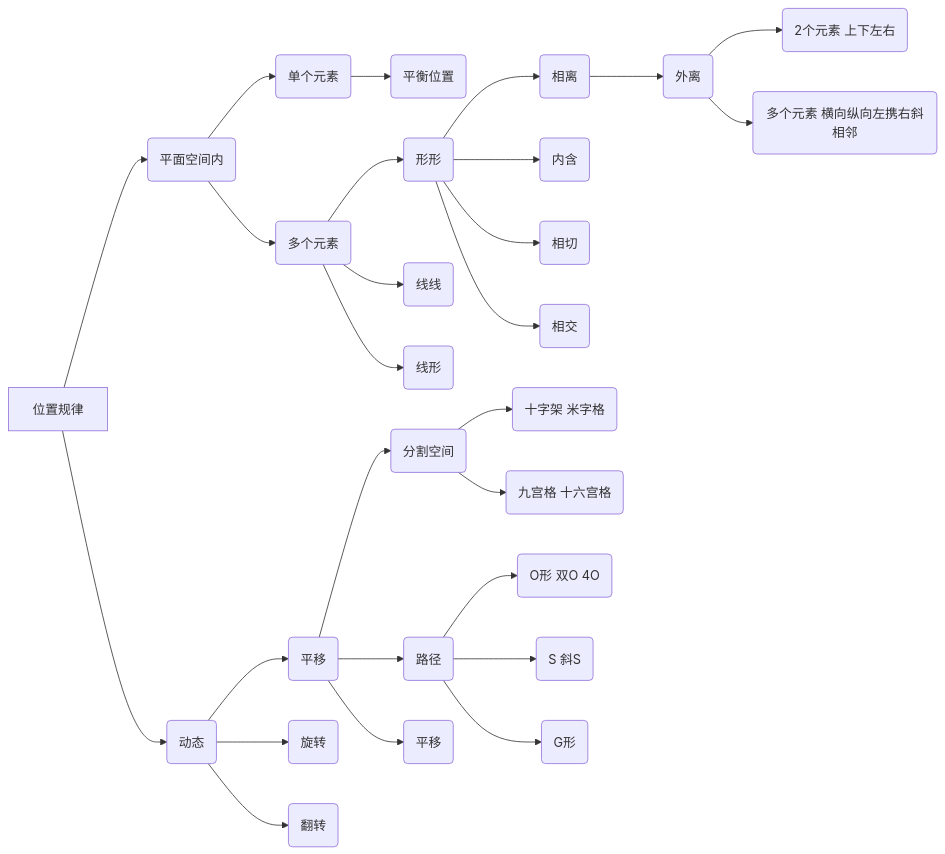
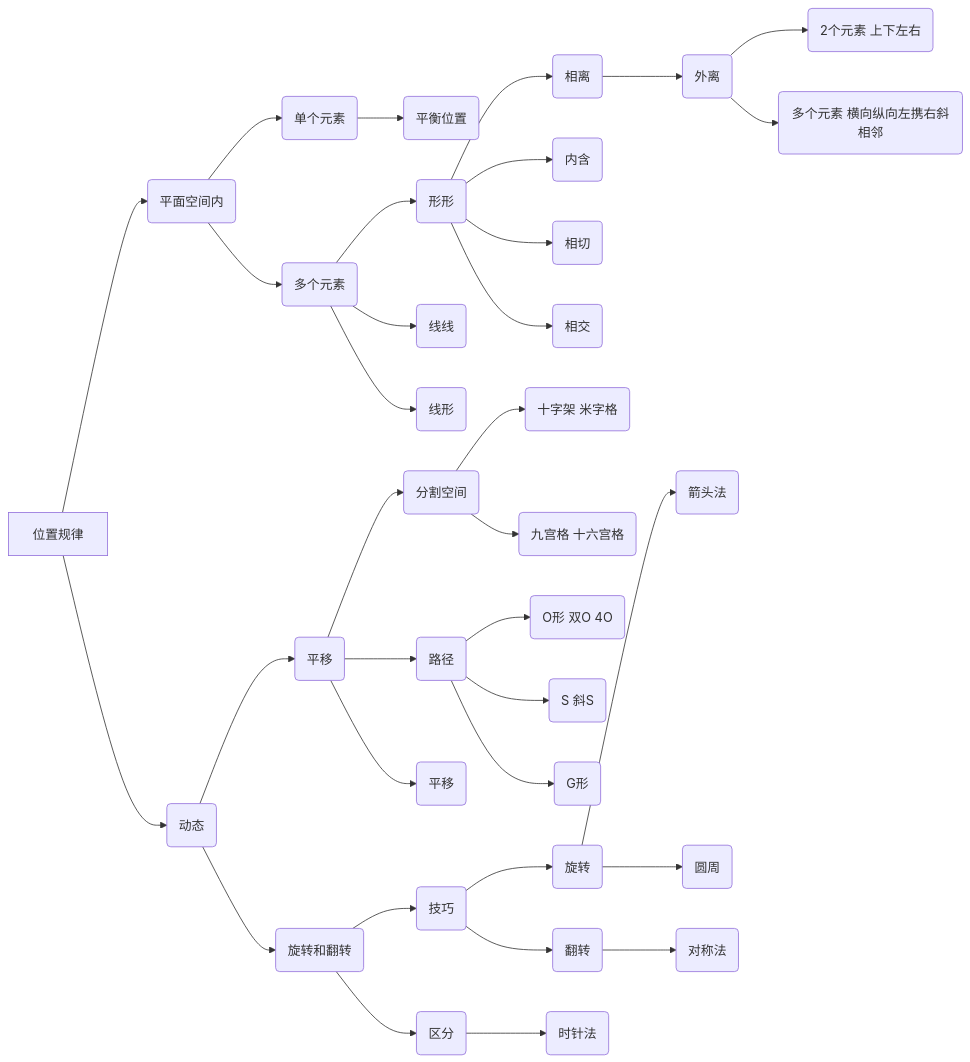
One commit to sunuanwuhou/ashore changed the eighth of 10 diagrams in src/main/gongwu/xingce/爆发/4.判断推理.md. Above: the diagram before and after it, drawn with Mermaid. The commit also changed other lines of this file and 18 other files, not shown here.

````diff
--- a/src/main/gongwu/xingce/爆发/4.判断推理.md
+++ b/src/main/gongwu/xingce/爆发/4.判断推理.md
@@ -692,47 +697,54 @@
  ```mermaid
   
   graph LR
   
  A[位置规律] -->C(平面空间内)
  C -->D(单个元素)
  D--> D1(平衡位置)
  C --> E(多个元素)
  
 E --> E21(形形)
 E21 --> E211(相离)
 
 E211 --> N(外离)
 N --> N1(2个元素 上下左右)
 N --> N2(多个元素 横向纵向左携右斜相邻)
 E21 --> W(内含)
 
 E21 -->E212(相切)
 E21 --> E13(相交)
 
 E -->E22(线线)
 E --> E23(线形)
 
   
  A -->B(动态)
  B -->B1(平移)
   B1 -->B11(分割空间)
     B11 -->B111(十字架 米字格)
         B11 -->B112(九宫格 十六宫格)
   B1 -->B12(路径)
   B12 -->B121(O形 双O 4O)
     B12 -->B122(S 斜S)
       B12 -->B123(G形)
   
   
   B1 -->B13(平移)
   
   
   
- B -->B2(旋转)
-  B -->B3(翻转)
+ B -->B2(旋转和翻转)
+B2 -->B3(技巧)
+B3 -->B31(旋转)
+B31 -->B311(箭头法)
+B31 -->B312(圆周)
+
+B3 -->B32(翻转)
+B32 -->B321(对称法)
+B2 -->B4(区分) --> B41(时针法)
 
  
 
 
 
  ```
````
